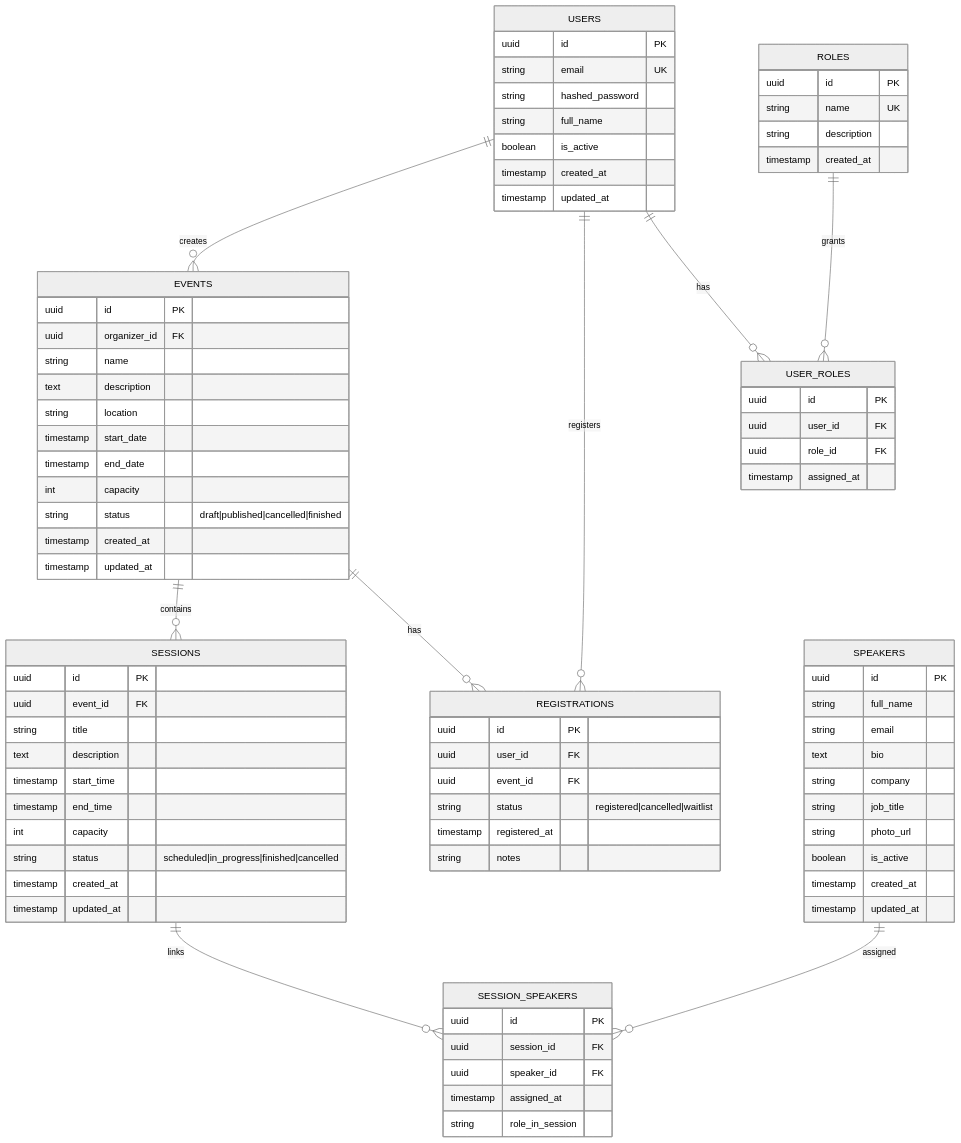
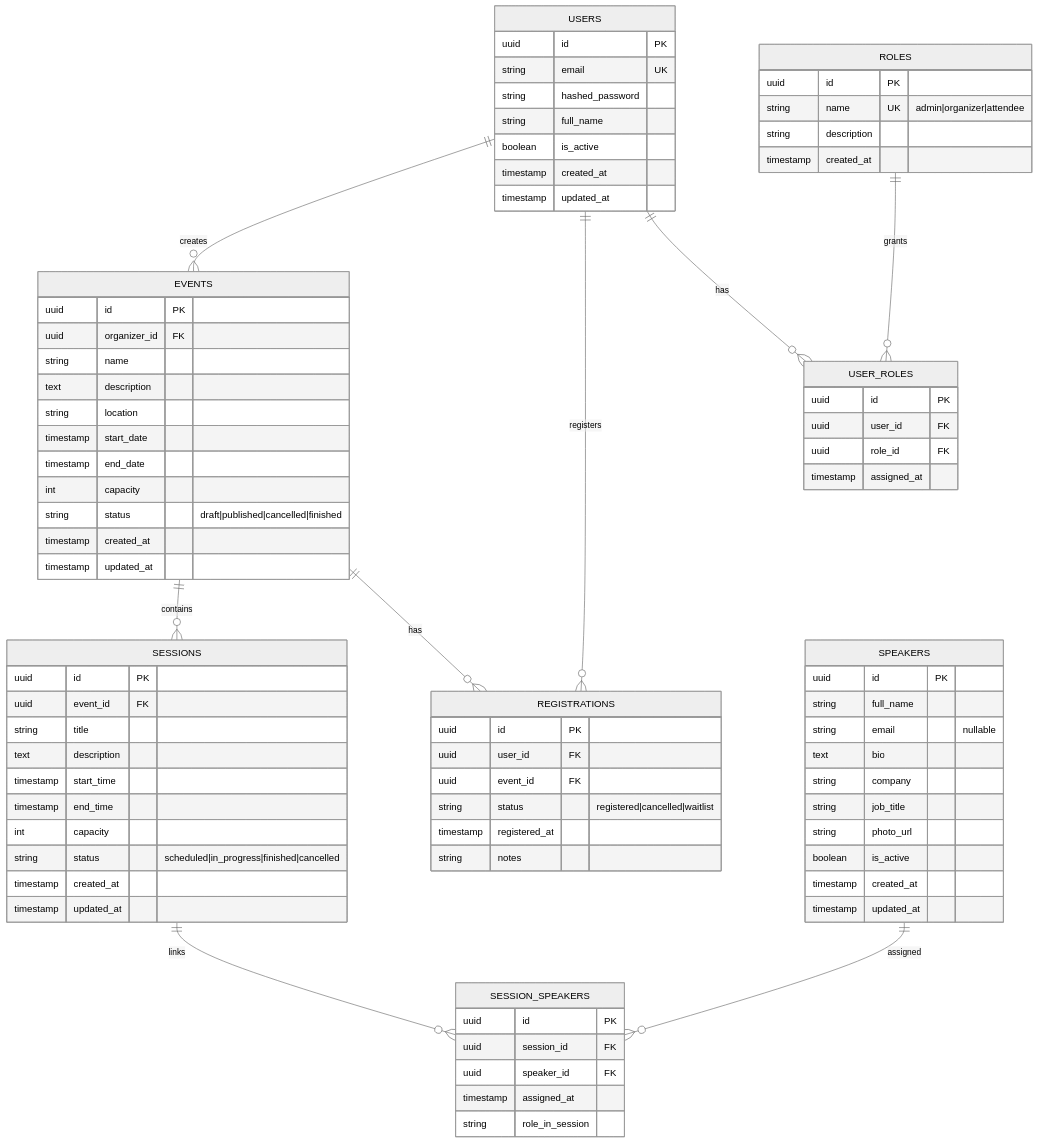
Before and after one commit to madebygarzon/misEventos: the diagram in docs/structured_project.md, drawn with Mermaid (neutral theme). The commit also changed other lines of this file and 55 other files, not shown here.

Commit message:
Update users flow

```diff
--- a/docs/structured_project.md
+++ b/docs/structured_project.md
@@ -118,7 +122,7 @@
     SPEAKERS {
       uuid id PK
       string full_name
-      string email
+      string email "nullable"
       text bio
       string company
       string job_title
@@ -147,7 +151,7 @@
 
     ROLES {
       uuid id PK
-      string name UK
+      string name UK "admin|organizer|attendee"
       string description
       timestamp created_at
     }
```
